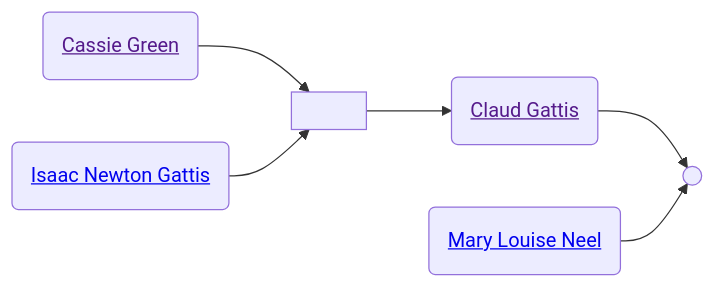
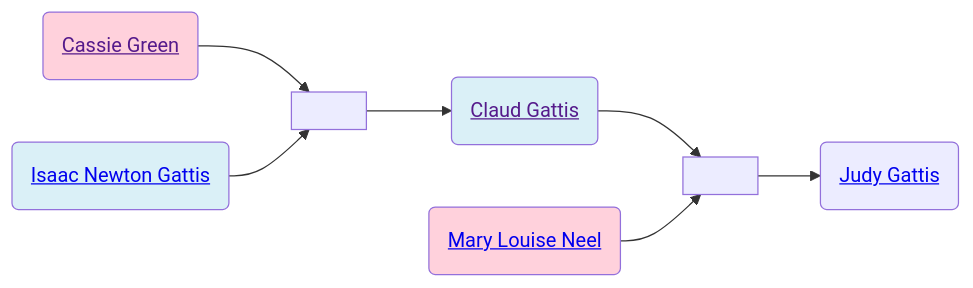
Before and after one commit to neelsmith/avocational: the second of 2 diagrams in familyhistory/sources/people/Gattis-line/Green-line/Cassie_Green.qmd, drawn with Mermaid. The commit also changed other lines of this file and 91 other files, not shown here.

Commit message:
Rebuild descendant diagrams

````diff
--- a/familyhistory/sources/people/Gattis-line/Green-line/Cassie_Green.qmd
+++ b/familyhistory/sources/people/Gattis-line/Green-line/Cassie_Green.qmd
@@ -42,14 +43,20 @@
 ```{mermaid}
 graph LR
+%% LR descendant diagram
 class Cassie_Green_and_Isaac_Newton_Gattis marriage
 Cassie_Green(<a href=''>Cassie Green</>) --> Cassie_Green_and_Isaac_Newton_Gattis[ ]
 Isaac_Newton_Gattis(<a href='./../Isaac_Newton_Gattis.html'>Isaac Newton Gattis</>) --> Cassie_Green_and_Isaac_Newton_Gattis(( ))
+class Isaac_Newton_Gattis father
+class Cassie_Green mother
 Cassie_Green_and_Isaac_Newton_Gattis[ ] --> Claud_Gattis(<a href='./../Claud_Gattis.html'>Claud Gattis</>)
 class Claud_Gattis_and_Mary_Louise_Neel marriage
 Claud_Gattis(<a href=''>Claud Gattis</>) --> Claud_Gattis_and_Mary_Louise_Neel[ ]
 Mary_Louise_Neel(<a href='./../Neel-line/Mary_Louise_Neel.html'>Mary Louise Neel</>) --> Claud_Gattis_and_Mary_Louise_Neel(( ))
+class Claud_Gattis father
+class Mary_Louise_Neel mother
+Claud_Gattis_and_Mary_Louise_Neel[ ] --> Judy_Gattis(<a href='./Judy_Gattis.html'>Judy Gattis</>)
 classDef mother fill:#ffd1dc
 classDef father fill:#daf0f7  
 classDef marriage fill:#ffffff
 
 ```
````
